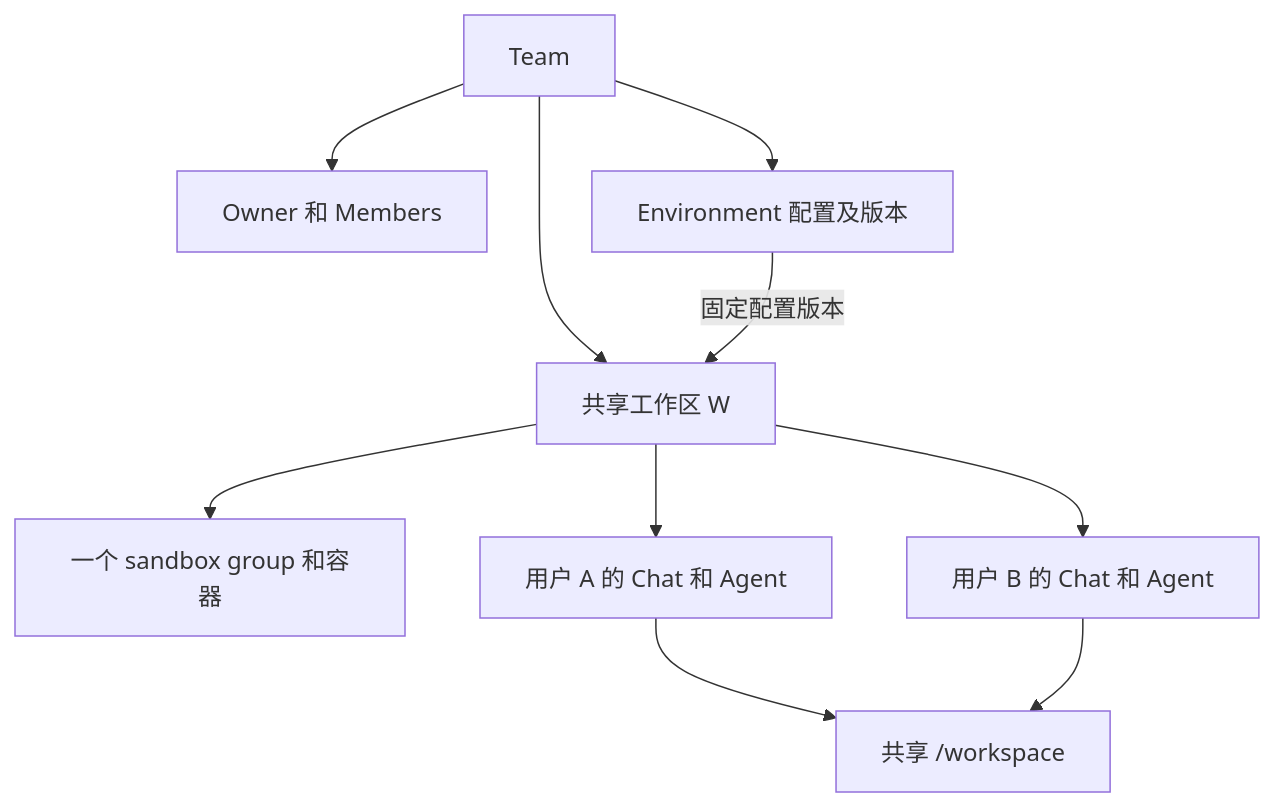
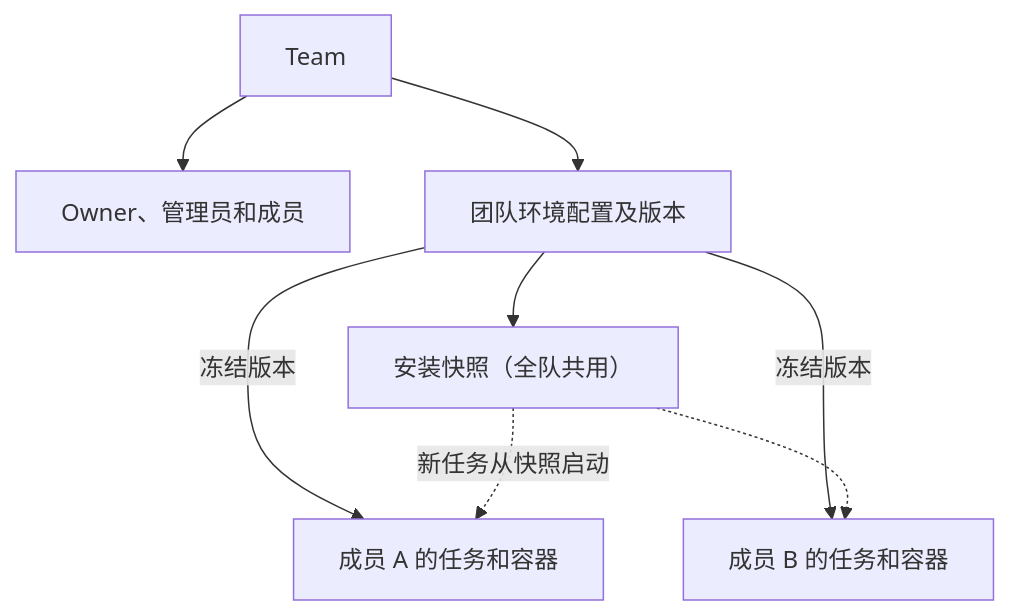
The diagram in docs/agents/specs/2026-10-15-team-shared-workspace-design.zh-CN.md (B-A-M-N/hybridInference-cloud-agent-1), drawn with Mermaid before and after one commit. The commit also changed other lines of this file and 37 other files, not shown here.

````diff
--- a/docs/agents/specs/2026-10-15-team-shared-workspace-design.zh-CN.md
+++ b/docs/agents/specs/2026-10-15-team-shared-workspace-design.zh-CN.md
@@ -23,12 +22,10 @@
 ```mermaid
 flowchart TD
-    T["Team"] --> M["Owner 和 Members"]
-    T --> E["Environment 配置及版本"]
-    T --> W["共享工作区 W"]
-    E -->|"固定配置版本"| W
-    W --> S["一个 sandbox group 和容器"]
-    W --> A["用户 A 的 Chat 和 Agent"]
-    W --> B["用户 B 的 Chat 和 Agent"]
-    A --> F["共享 /workspace"]
-    B --> F
+    T["Team"] --> M["Owner、管理员和成员"]
+    T --> E["团队环境配置及版本"]
+    E -->|"冻结版本"| A["成员 A 的任务和容器"]
+    E -->|"冻结版本"| B["成员 B 的任务和容器"]
+    E --> S["安装快照（全队共用）"]
+    S -.->|"新任务从快照启动"| A
+    S -.-> B
 ```
````
